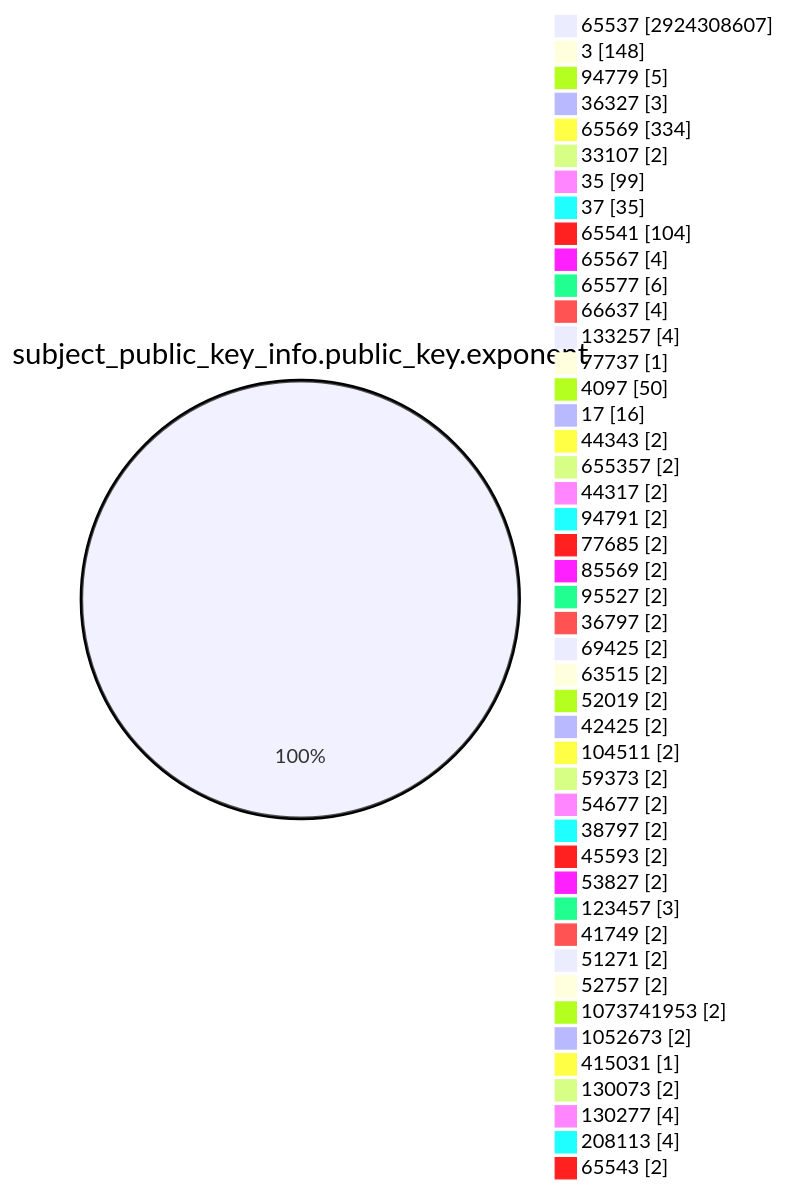
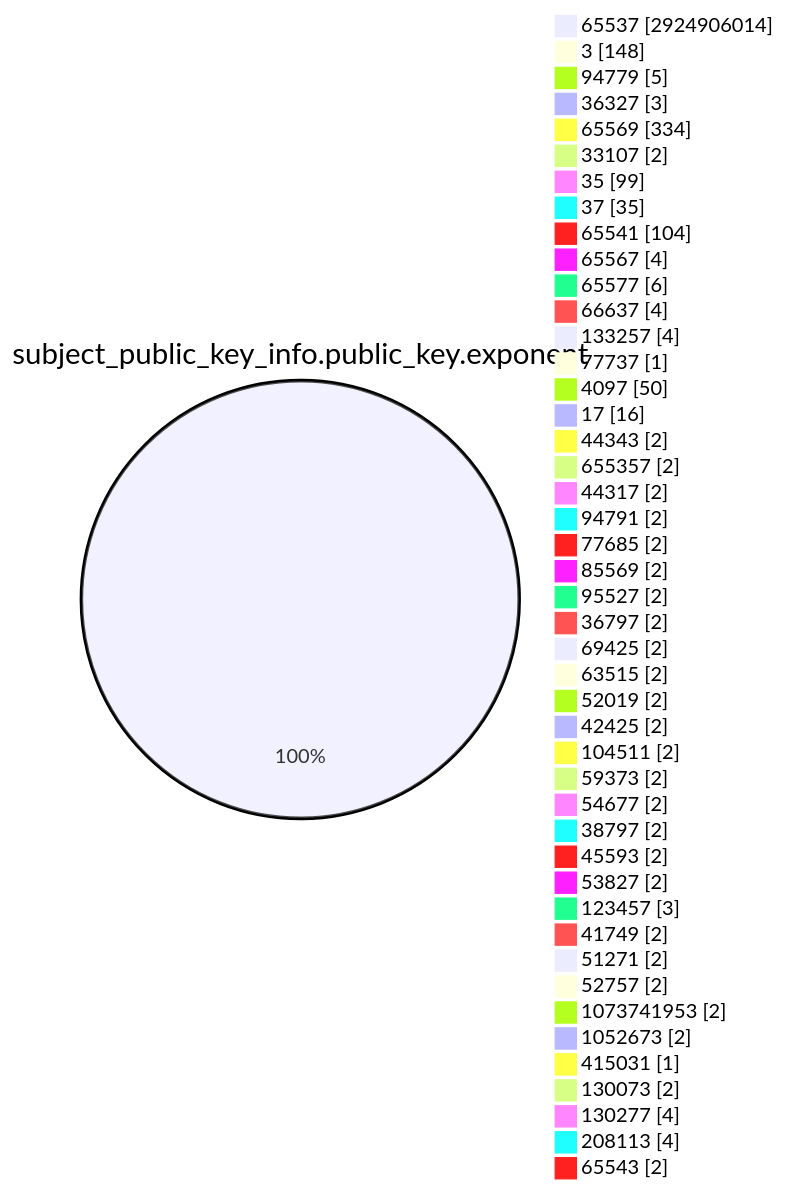
One commit to christiankrug/ctmonitor_visualization changed the fourth of 15 diagrams in TOTAL/README.md. Above: the diagram before and after it, drawn with Mermaid. The commit also changed other lines of this file, not shown here.

````diff
--- a/TOTAL/README.md
+++ b/TOTAL/README.md
@@ -1469,49 +1469,49 @@
 ```mermaid
 pie showData
 title subject_public_key_info.public_key.exponent
-"65537" :2924308607
+"65537" :2924906014
 "3" :148
 "94779" :5
 "36327" :3
 "65569" :334
 "33107" :2
 "35" :99
 "37" :35
 "65541" :104
 "65567" :4
 "65577" :6
 "66637" :4
 "133257" :4
 "77737" :1
 "4097" :50
 "17" :16
 "44343" :2
 "655357" :2
 "44317" :2
 "94791" :2
 "77685" :2
 "85569" :2
 "95527" :2
 "36797" :2
 "69425" :2
 "63515" :2
 "52019" :2
 "42425" :2
 "104511" :2
 "59373" :2
 "54677" :2
 "38797" :2
 "45593" :2
 "53827" :2
 "123457" :3
 "41749" :2
 "51271" :2
 "52757" :2
 "1073741953" :2
 "1052673" :2
 "415031" :1
 "130073" :2
 "130277" :4
 "208113" :4
 "65543" :2
 ```
````
